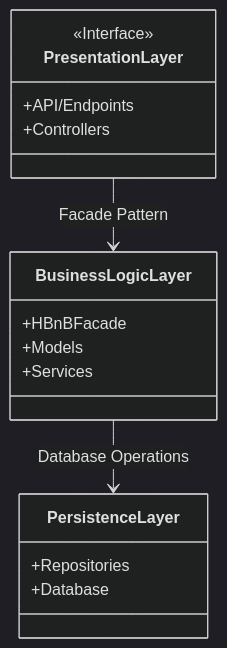
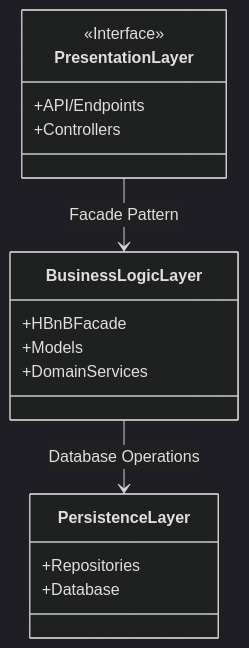
Before and after one commit to AdeleM-prog/holbertonschool-hbnb: the diagram in part1/PackageDiagram.md, drawn with Mermaid (dark theme). The commit also changed other lines of this file, not shown here.

First line of the commit message:
Revise package diagram for HBnB application

````diff
--- a/part1/PackageDiagram.md
+++ b/part1/PackageDiagram.md
@@ -6,19 +6,19 @@
 ```mermaid
 classDiagram
 class PresentationLayer {
     <<Interface>>
     +API/Endpoints
     +Controllers
 }
 class BusinessLogicLayer {
     +HBnBFacade
     +Models
-    +Services
+    +DomainServices
 }
 class PersistenceLayer {
     +Repositories
     +Database
 }
 PresentationLayer --> BusinessLogicLayer : Facade Pattern
 BusinessLogicLayer --> PersistenceLayer : Database Operations
 ```
````
